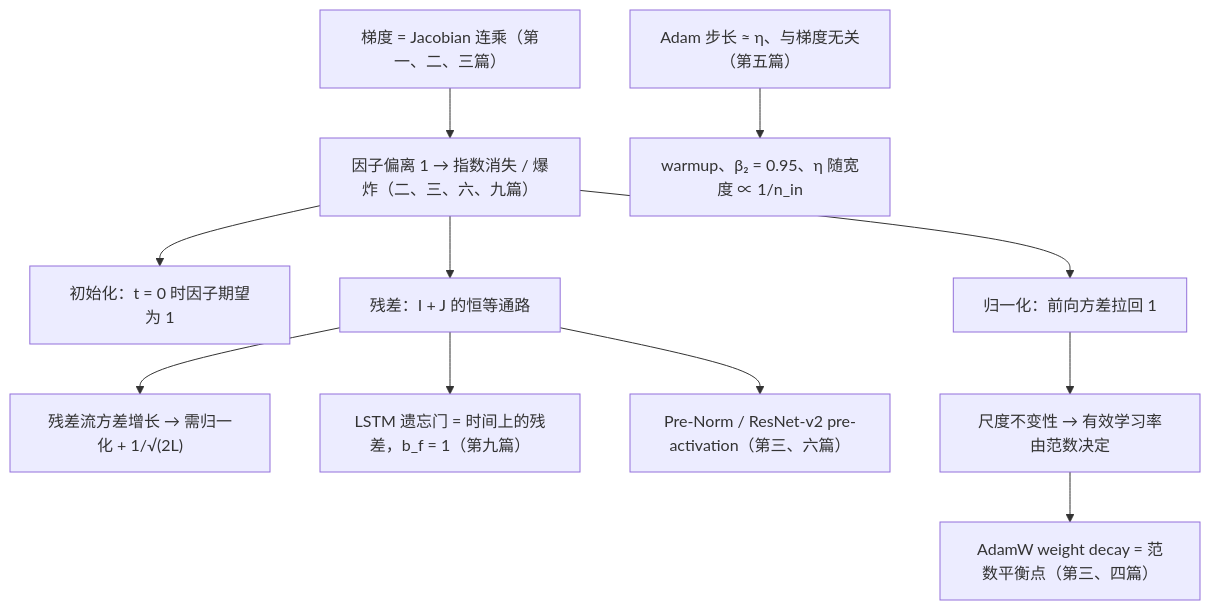
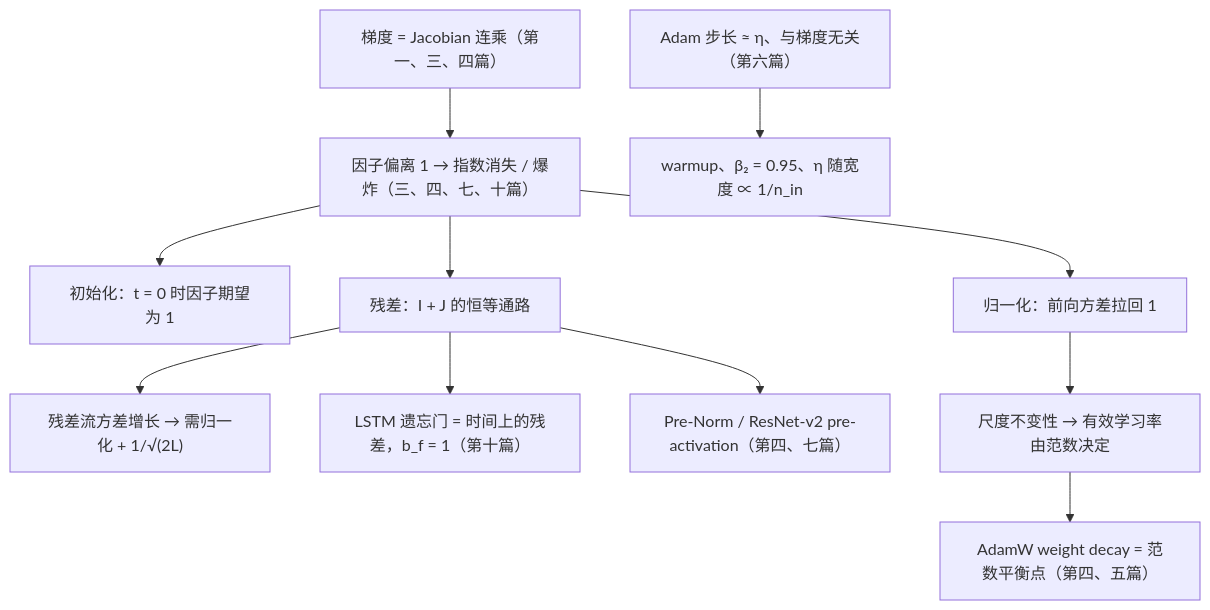
The second of 2 diagrams in _posts/2026-03-29-deep-learning-foundations-series-recap-and-self-test.md (arganzheng/arganzheng.github.com), drawn with Mermaid before and after one commit. The commit also changed other lines of this file and 17 other files, not shown here.

Commit message:
系列篇目重排（02）–（10）→（03）–（11）；导读新增部件地图与篇目表、回顾篇补损失函数条目与自测（#237）

````diff
--- a/_posts/2026-03-29-deep-learning-foundations-series-recap-and-self-test.md
+++ b/_posts/2026-03-29-deep-learning-foundations-series-recap-and-self-test.md
@@ -275,14 +290,14 @@
 ```mermaid
 %% 图：Transformer 部件的来历：连乘导致消失 / 爆炸，三种修法各接一环，残差又带出新的约束
 flowchart TB
-    CHAIN["梯度 = Jacobian 连乘（第一、二、三篇）"] --> VAN["因子偏离 1 → 指数消失 / 爆炸（二、三、六、九篇）"]
+    CHAIN["梯度 = Jacobian 连乘（第一、三、四篇）"] --> VAN["因子偏离 1 → 指数消失 / 爆炸（三、四、七、十篇）"]
     VAN --> INIT["初始化：t = 0 时因子期望为 1"]
     VAN --> NORM["归一化：前向方差拉回 1"]
     VAN --> RES["残差：I + J 的恒等通路"]
     RES --> GROW["残差流方差增长 → 需归一化 + 1/√(2L)"]
-    RES --> LSTM["LSTM 遗忘门 = 时间上的残差，b_f = 1（第九篇）"]
-    RES --> PRE["Pre-Norm / ResNet-v2 pre-activation（第三、六篇）"]
+    RES --> LSTM["LSTM 遗忘门 = 时间上的残差，b_f = 1（第十篇）"]
+    RES --> PRE["Pre-Norm / ResNet-v2 pre-activation（第四、七篇）"]
     NORM --> SCALE["尺度不变性 → 有效学习率由范数决定"]
-    SCALE --> WD["AdamW weight decay = 范数平衡点（第三、四篇）"]
-    ADAM["Adam 步长 ≈ η、与梯度无关（第五篇）"] --> WARM["warmup、β₂ = 0.95、η 随宽度 ∝ 1/n_in"]
+    SCALE --> WD["AdamW weight decay = 范数平衡点（第四、五篇）"]
+    ADAM["Adam 步长 ≈ η、与梯度无关（第六篇）"] --> WARM["warmup、β₂ = 0.95、η 随宽度 ∝ 1/n_in"]
 ```
````
